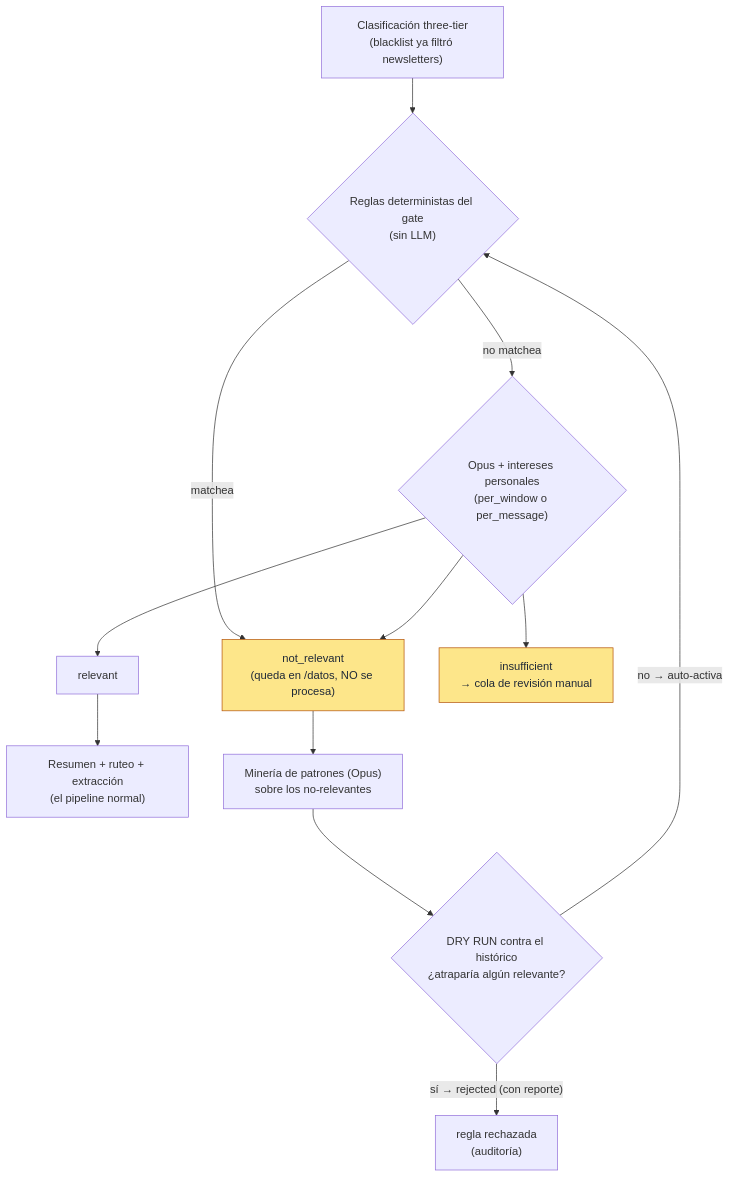
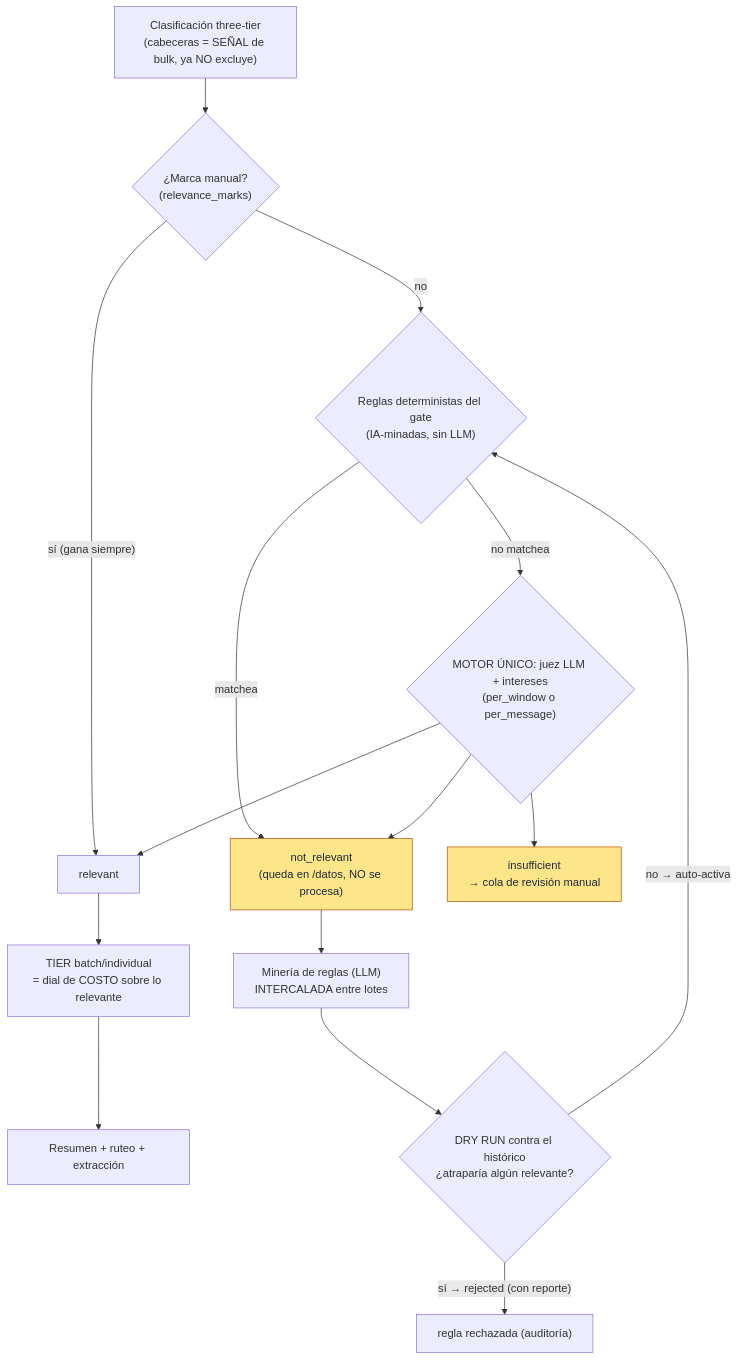
The diagram in docs/modulo-relevancia.md (CoKeFish/memex), drawn with Mermaid before and after one commit. The commit also changed other lines of this file, not shown here.

First line of the commit message:
docs(relevance): reescribir modulo-relevancia.md para el sistema unificado

````diff
--- a/docs/modulo-relevancia.md
+++ b/docs/modulo-relevancia.md
@@ -19,25 +25,29 @@
 ```mermaid
 flowchart TB
-  cls["Clasificación three-tier<br/>(blacklist ya filtró newsletters)"]
-  rules{"Reglas deterministas del gate<br/>(sin LLM)"}
-  llm{"Opus + intereses personales<br/>(per_window o per_message)"}
+  cls["Clasificación three-tier<br/>(cabeceras = SEÑAL de bulk, ya NO excluye)"]
+  mark{"¿Marca manual?<br/>(relevance_marks)"}
+  rules{"Reglas deterministas del gate<br/>(IA-minadas, sin LLM)"}
+  llm{"MOTOR ÚNICO: juez LLM + intereses<br/>(per_window o per_message)"}
   rel["relevant"]
   norel["not_relevant<br/>(queda en /datos, NO se procesa)"]
   insuf["insufficient<br/>→ cola de revisión manual"]
-  pipe["Resumen + ruteo + extracción<br/>(el pipeline normal)"]
-  mine["Minería de patrones (Opus)<br/>sobre los no-relevantes"]
+  tier["TIER batch/individual<br/>= dial de COSTO sobre lo relevante"]
+  pipe["Resumen + ruteo + extracción"]
+  mine["Minería de reglas (LLM)<br/>INTERCALADA entre lotes"]
   dry{"DRY RUN contra el histórico<br/>¿atraparía algún relevante?"}
 
-  cls --> rules
+  cls --> mark
+  mark -- "sí (gana siempre)" --> rel
+  mark -- "no" --> rules
   rules -- "matchea" --> norel
   rules -- "no matchea" --> llm
   llm --> rel & norel & insuf
-  rel --> pipe
+  rel --> tier --> pipe
   norel --> mine
   mine --> dry
-  dry -- "sí → rejected (con reporte)" --> x["regla rechazada<br/>(auditoría)"]
+  dry -- "sí → rejected (con reporte)" --> x["regla rechazada (auditoría)"]
   dry -- "no → auto-activa" --> rules
 
   classDef store fill:#fde68a,stroke:#b45309,color:#1f2937;
   class norel,insuf store;
 ```
````
